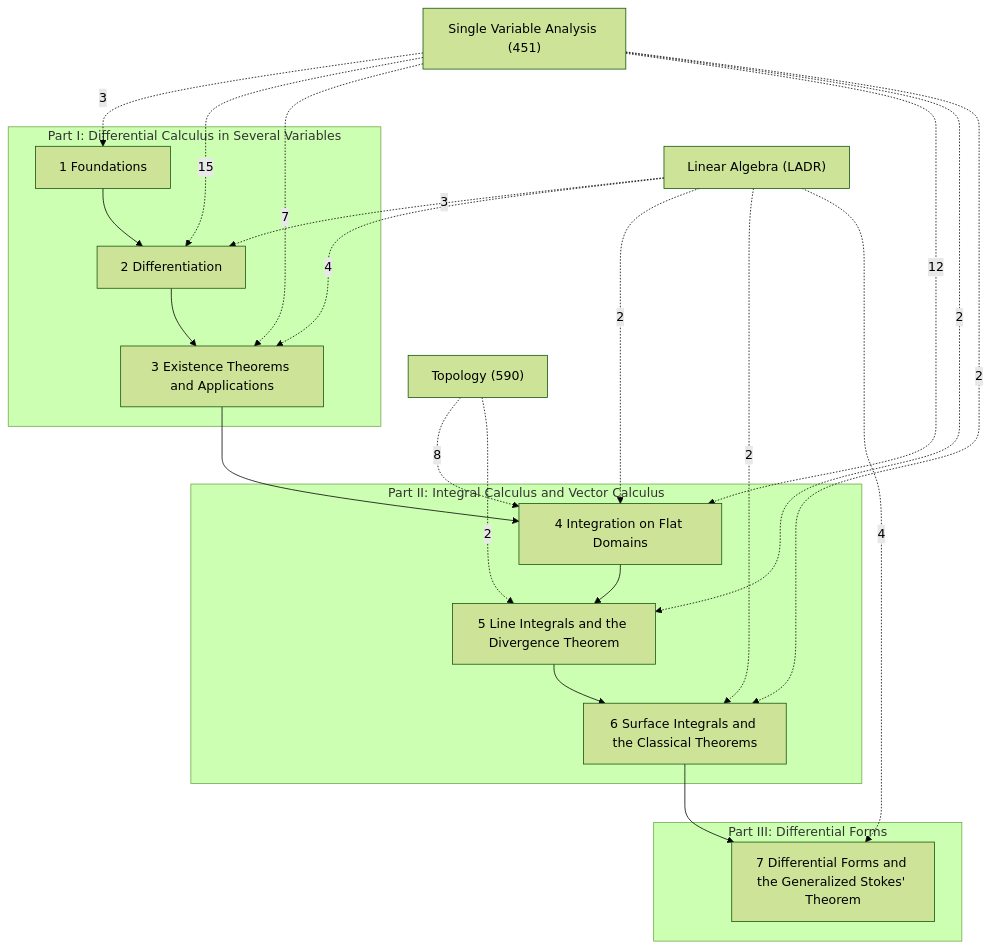
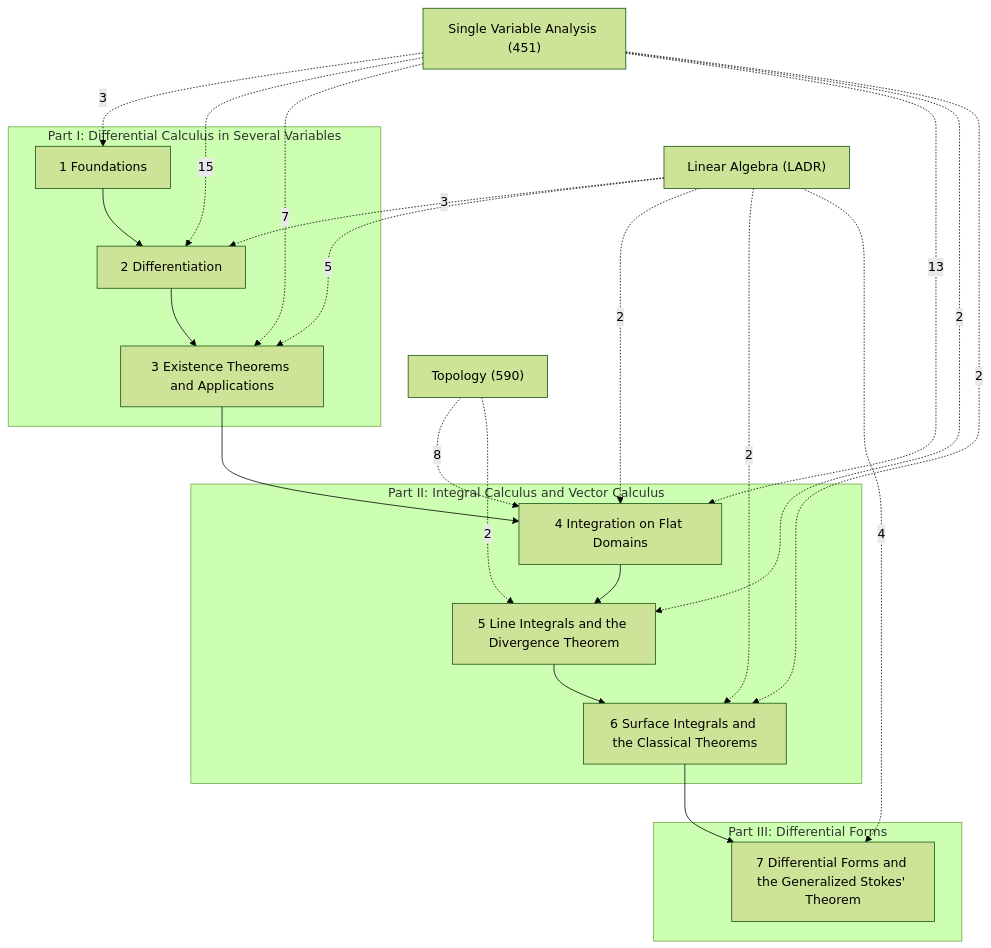
Before and after one commit to Onion20040508/notes: the diagram in Math/Multivariable Analysis/Multivariable Analysis.md, drawn with Mermaid (forest theme). The commit also changed 52 other files, not shown here.

````diff
--- a/Math/Multivariable Analysis/Multivariable Analysis.md
+++ b/Math/Multivariable Analysis/Multivariable Analysis.md
@@ -21,38 +21,38 @@
 ```mermaid
 graph TD
   subgraph P1["Part I: Differential Calculus in Several Variables"]
     C1["1 Foundations"]
     C2["2 Differentiation"]
     C3["3 Existence Theorems and Applications"]
   end
   subgraph P2["Part II: Integral Calculus and Vector Calculus"]
     C4["4 Integration on Flat Domains"]
     C5["5 Line Integrals and the Divergence Theorem"]
     C6["6 Surface Integrals and the Classical Theorems"]
   end
   subgraph P3["Part III: Differential Forms"]
     C7["7 Differential Forms and the Generalized Stokes' Theorem"]
   end
   X1["Single Variable Analysis (451)"]
   X2["Linear Algebra (LADR)"]
   X3["Topology (590)"]
   C1 --> C2
   C2 --> C3
   C3 --> C4
   C4 --> C5
   C5 --> C6
   C6 --> C7
   X2 -.->|3| C2
-  X2 -.->|4| C3
+  X2 -.->|5| C3
   X2 -.->|2| C4
   X2 -.->|2| C6
   X2 -.->|4| C7
   X1 -.->|3| C1
   X1 -.->|15| C2
   X1 -.->|7| C3
-  X1 -.->|12| C4
+  X1 -.->|13| C4
   X1 -.->|2| C5
   X1 -.->|2| C6
   X3 -.->|8| C4
   X3 -.->|2| C5
 ```
````
